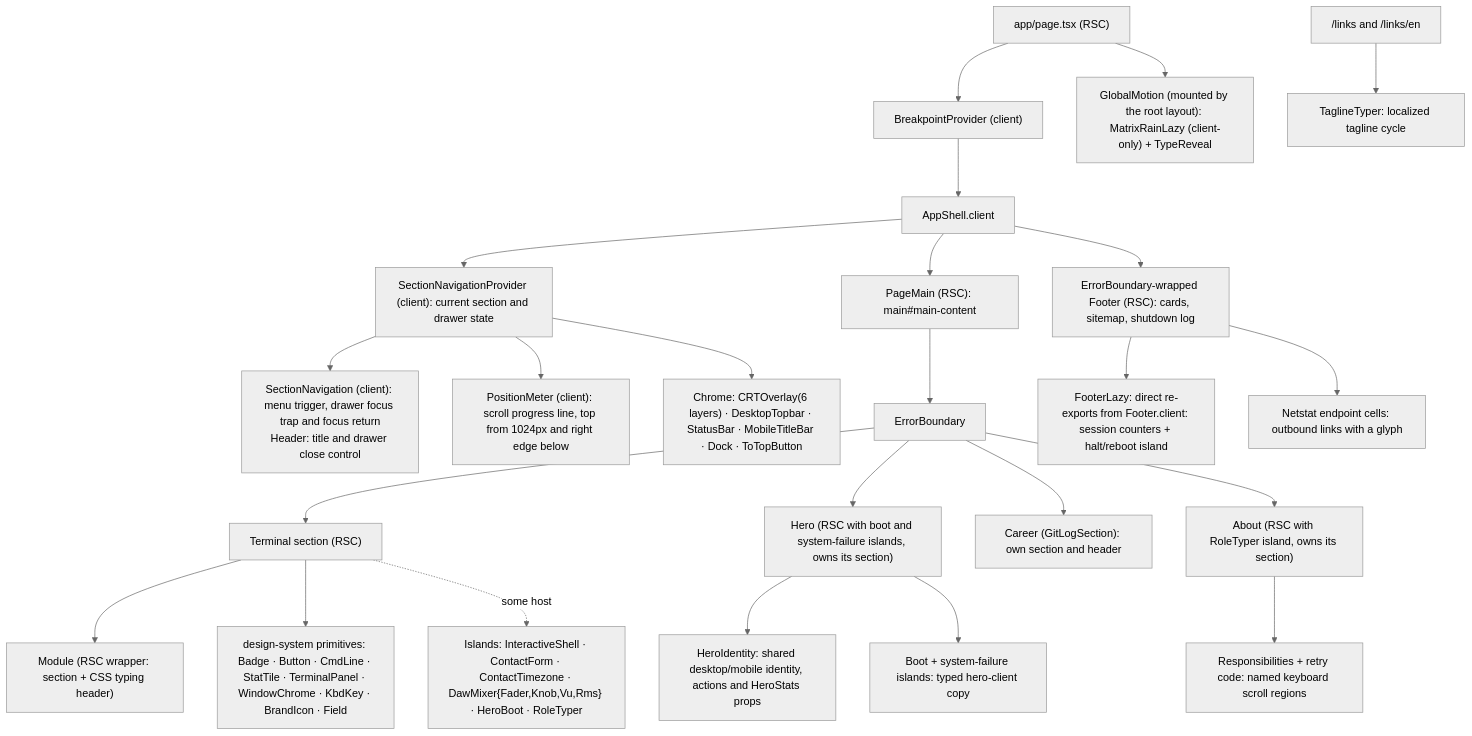
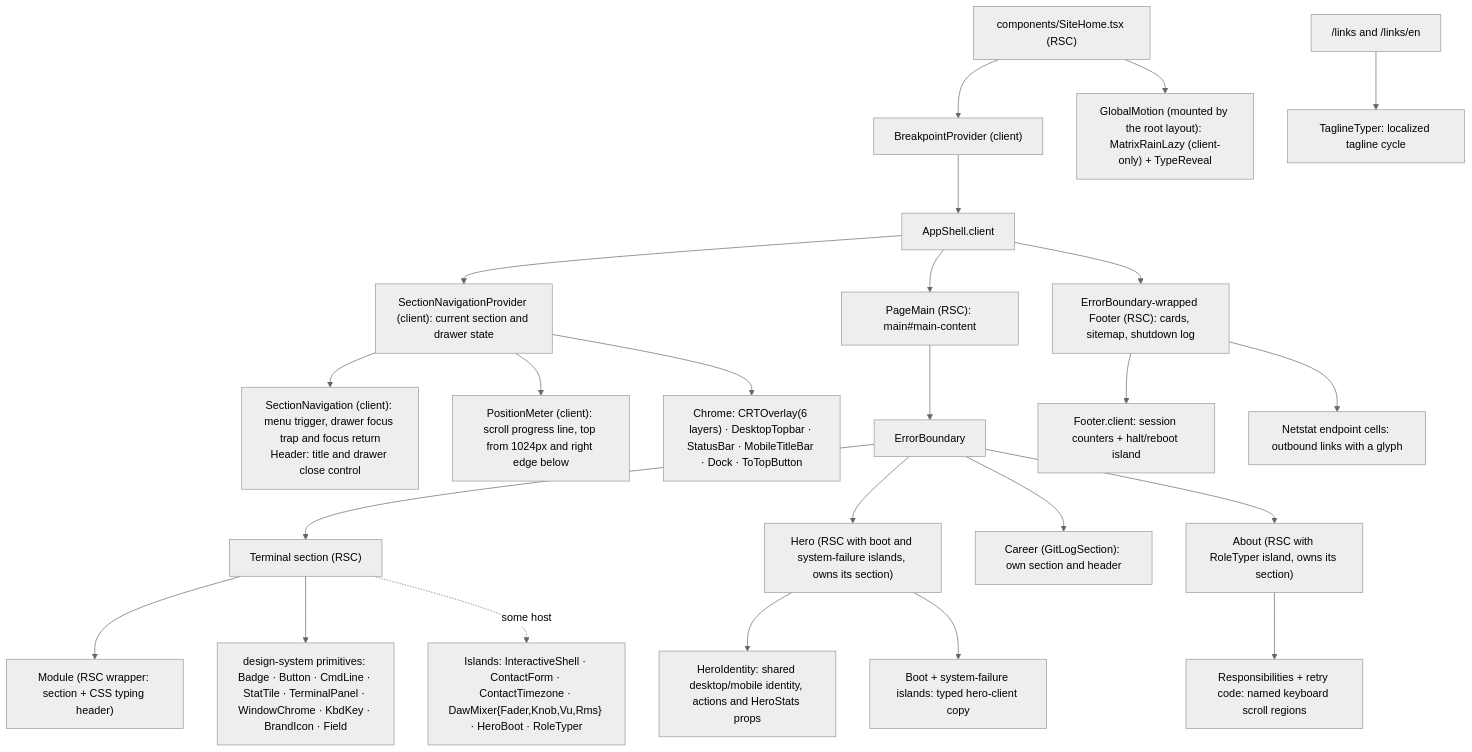
One commit to erikunha/portfolio changed the first of 2 diagrams in docs/04-components-and-state.md. Above: the diagram before and after it, drawn with Mermaid (neutral theme). The commit also changed other lines of this file and 43 other files, not shown here.

````diff
--- a/docs/04-components-and-state.md
+++ b/docs/04-components-and-state.md
@@ -30,26 +30,26 @@
 ```mermaid
 flowchart TD
-    page["app/page.tsx (RSC)"] --> bp["BreakpointProvider (client)"]
+    page["components/SiteHome.tsx (RSC)"] --> bp["BreakpointProvider (client)"]
     bp --> shell["AppShell.client"]
     shell --> navigation["SectionNavigationProvider (client): current section and drawer state"]
     navigation --> rail["SectionNavigation (client): menu trigger, drawer focus trap and focus return<br/>Header: title and drawer close control"]
     navigation --> position["PositionMeter (client): scroll progress line, top from 1024px and right edge below"]
     navigation --> chrome["Chrome: CRTOverlay(6 layers) · DesktopTopbar · StatusBar · MobileTitleBar · Dock · ToTopButton"]
     page --> gm["GlobalMotion (mounted by the root layout): MatrixRainLazy (client-only) + TypeReveal"]
     shell --> main["PageMain (RSC): main#main-content"]
     main --> eb["ErrorBoundary"]
     eb --> sec["Terminal section (RSC)"]
     sec --> mod["Module (RSC wrapper: section + CSS typing header)"]
     sec --> dsp["design-system primitives: Badge · Button · CmdLine · StatTile · TerminalPanel · WindowChrome · KbdKey · BrandIcon · Field"]
     sec -. some host .-> isl["Islands: InteractiveShell · ContactForm · ContactTimezone · DawMixer{Fader,Knob,Vu,Rms} · HeroBoot · RoleTyper"]
     eb --> hero["Hero (RSC with boot and system-failure islands, owns its section)"]
     hero --> identity["HeroIdentity: shared desktop/mobile identity, actions and HeroStats props"]
     hero --> clientcopy["Boot + system-failure islands: typed hero-client copy"]
     eb --> career["Career (GitLogSection): own section and header"]
     eb --> about["About (RSC with RoleTyper island, owns its section)"]
     about --> scroll["Responsibilities + retry code: named keyboard scroll regions"]
     shell --> fl["ErrorBoundary-wrapped Footer (RSC): cards, sitemap, shutdown log"]
-    fl --> fi["FooterLazy: direct re-exports from Footer.client: session counters + halt/reboot island"]
+    fl --> fi["Footer.client: session counters + halt/reboot island"]
     fl --> fc["Netstat endpoint cells: outbound links with a glyph"]
     links["/links and /links/en"] --> tagline["TaglineTyper: localized tagline cycle"]
 ```
````
